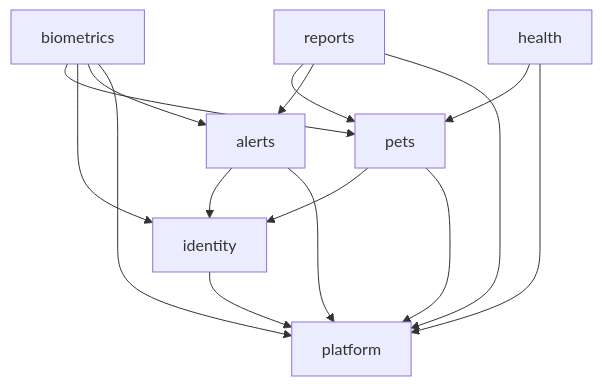
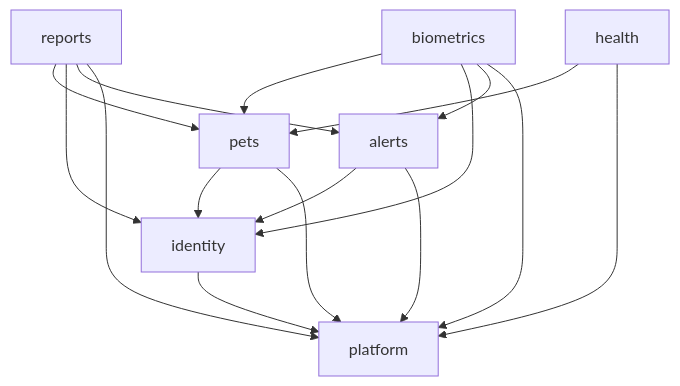
Before and after one commit to mcoldibelli/nupii: the second of 2 diagrams in docs/arquitetura.md, drawn with Mermaid. The commit also changed other lines of this file and 21 other files, not shown here.

````diff
--- a/docs/arquitetura.md
+++ b/docs/arquitetura.md
@@ -72,17 +72,18 @@
 ```mermaid
 flowchart TD
     reports --> pets
+    reports --> identity
     reports --> alerts
     biometrics --> pets
     biometrics --> identity
     biometrics --> alerts
     health --> pets
     pets --> identity
     alerts --> identity
     identity --> platform
     pets --> platform
     biometrics --> platform
     reports --> platform
     alerts --> platform
     health --> platform
 ```
````
